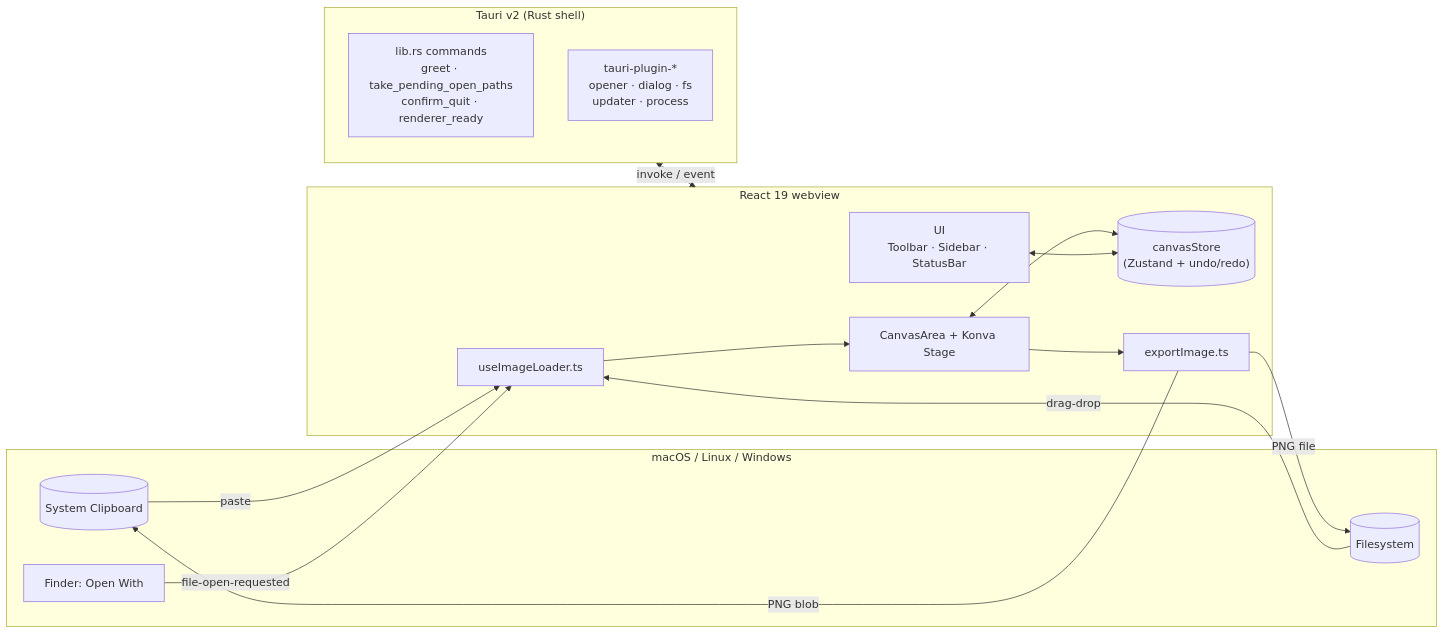
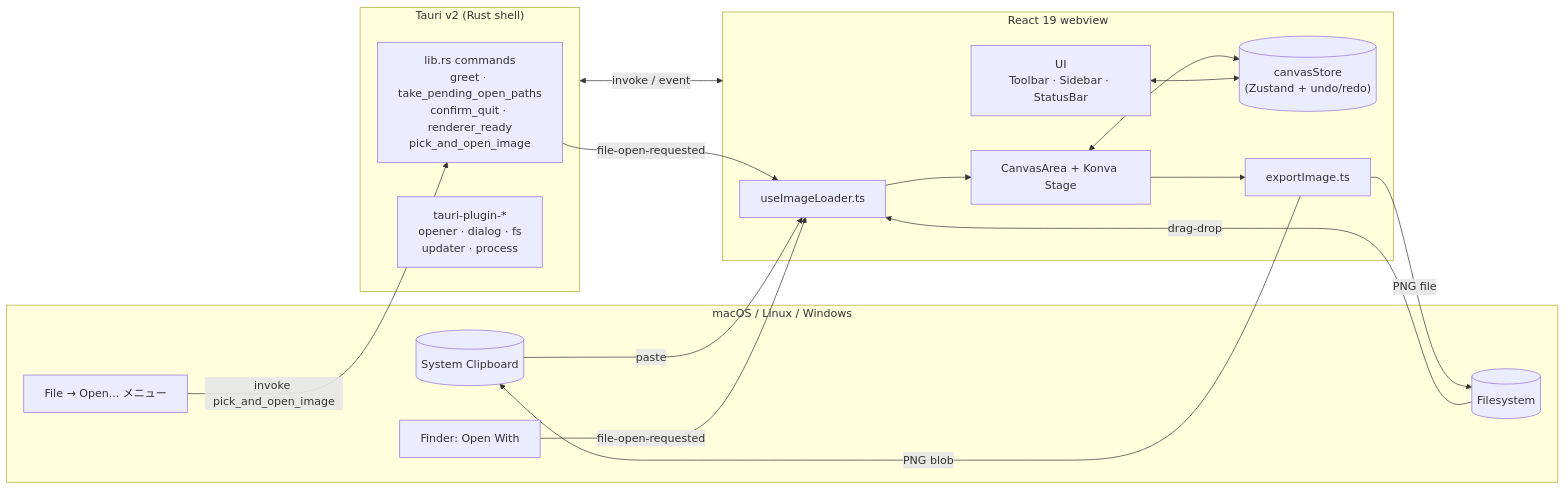
Before and after one commit to takecy/marianne: the first of 5 diagrams in site/src/content/docs/ja/architecture.mdx, drawn with Mermaid. The commit also changed other lines of this file and 62 other files, not shown here.

````diff
--- a/site/src/content/docs/ja/architecture.mdx
+++ b/site/src/content/docs/ja/architecture.mdx
@@ -12,32 +12,35 @@
 ```mermaid
 graph LR
   subgraph OS["macOS / Linux / Windows"]
     Clipboard[(System Clipboard)]
     Filesystem[(Filesystem)]
     Finder[Finder: Open With]
+    Menubar[File → Open... メニュー]
   end
 
   subgraph Tauri["Tauri v2 (Rust shell)"]
-    RustCmds["lib.rs commands<br/>greet · take_pending_open_paths<br/>confirm_quit · renderer_ready"]
+    RustCmds["lib.rs commands<br/>greet · take_pending_open_paths<br/>confirm_quit · renderer_ready<br/>pick_and_open_image"]
     Plugins["tauri-plugin-*<br/>opener · dialog · fs<br/>updater · process"]
   end
 
   subgraph Webview["React 19 webview"]
     UI["UI<br/>Toolbar · Sidebar · StatusBar"]
     Canvas["CanvasArea + Konva Stage"]
     Loader["useImageLoader.ts"]
     Store[("canvasStore<br/>(Zustand + undo/redo)")]
     Export["exportImage.ts"]
   end
 
   Clipboard -->|paste| Loader
   Filesystem -->|drag-drop| Loader
   Finder -->|file-open-requested| Loader
+  Menubar -->|invoke pick_and_open_image| RustCmds
+  RustCmds -->|file-open-requested| Loader
   Loader --> Canvas
   Canvas <--> Store
   UI <--> Store
   Canvas --> Export
   Export -->|PNG file| Filesystem
   Export -->|PNG blob| Clipboard
   Tauri <-->|invoke / event| Webview
 ```
````
